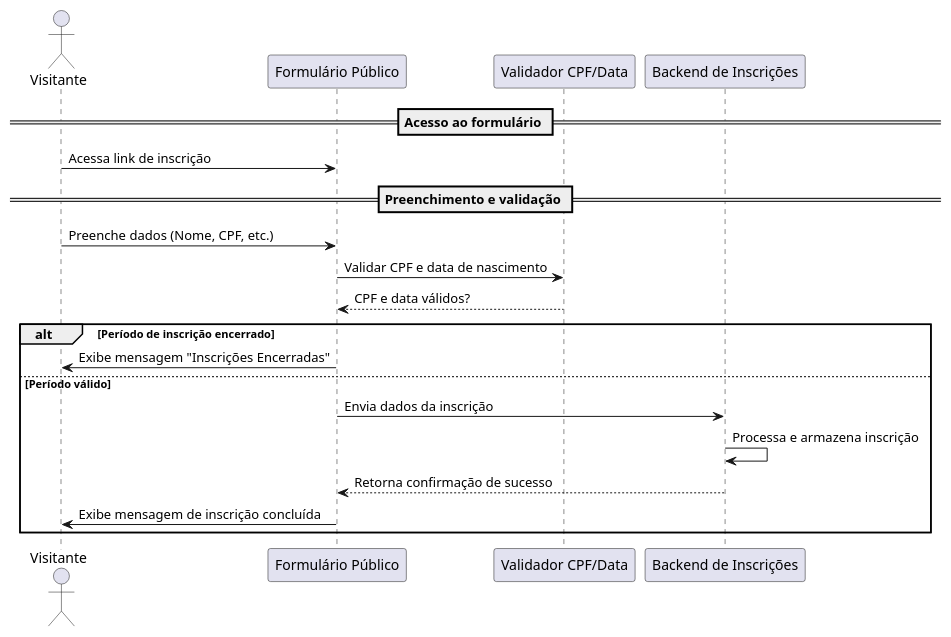
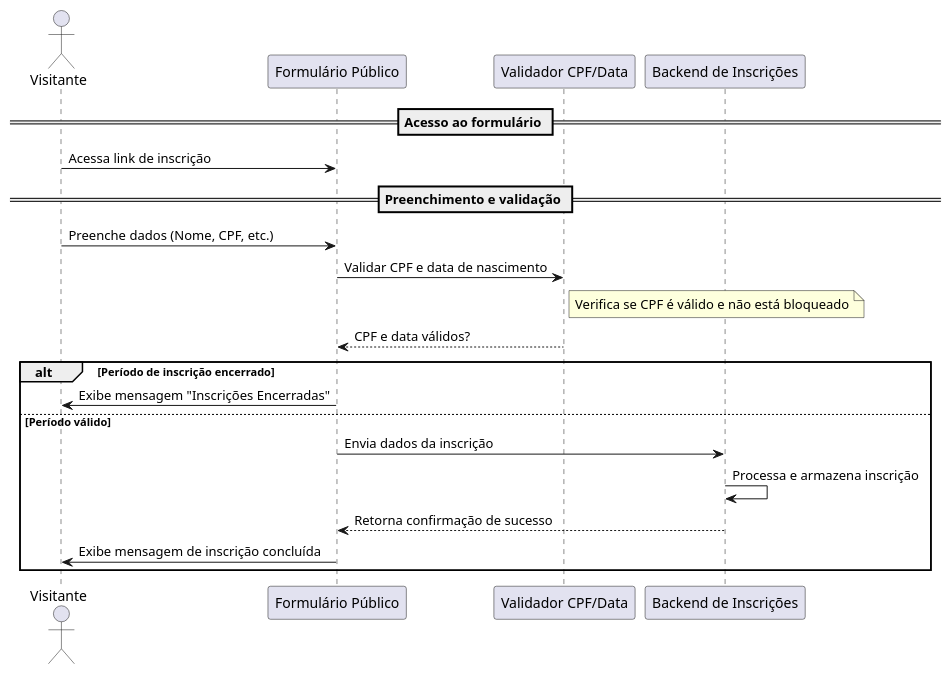
One commit to vitorcarlet/spiritual-retreat-front-end changed the diagram in .sequence diagram/participant/publicsubscription.plantuml. Above: the diagram before and after it, drawn with PlantUML. The commit also changed 4 other files, not shown here.

Commit message:
feat: update sequence diagrams for public subscription, general flow, notifications, and participant login; remove CPF block diagram

```diff
--- a/.sequence diagram/participant/publicsubscription.plantuml
+++ b/.sequence diagram/participant/publicsubscription.plantuml
@@ -1,23 +1,26 @@
 @startuml name "Inscrição Pública"
 actor Visitante
 participant "Formulário Público" as Form
 participant "Validador CPF/Data" as Validator
 participant "Backend de Inscrições" as Backend
 
 == Acesso ao formulário ==
 Visitante -> Form : Acessa link de inscrição
 
 == Preenchimento e validação ==
 Visitante -> Form : Preenche dados (Nome, CPF, etc.)
 Form -> Validator : Validar CPF e data de nascimento
+note right of Validator
+Verifica se CPF é válido e não está bloqueado
+end note
 Validator --> Form : CPF e data válidos?
 
 alt Período de inscrição encerrado
     Form -> Visitante : Exibe mensagem "Inscrições Encerradas"
 else Período válido
     Form -> Backend : Envia dados da inscrição
     Backend -> Backend : Processa e armazena inscrição
     Backend --> Form : Retorna confirmação de sucesso
     Form -> Visitante : Exibe mensagem de inscrição concluída
 end
 @enduml
```
